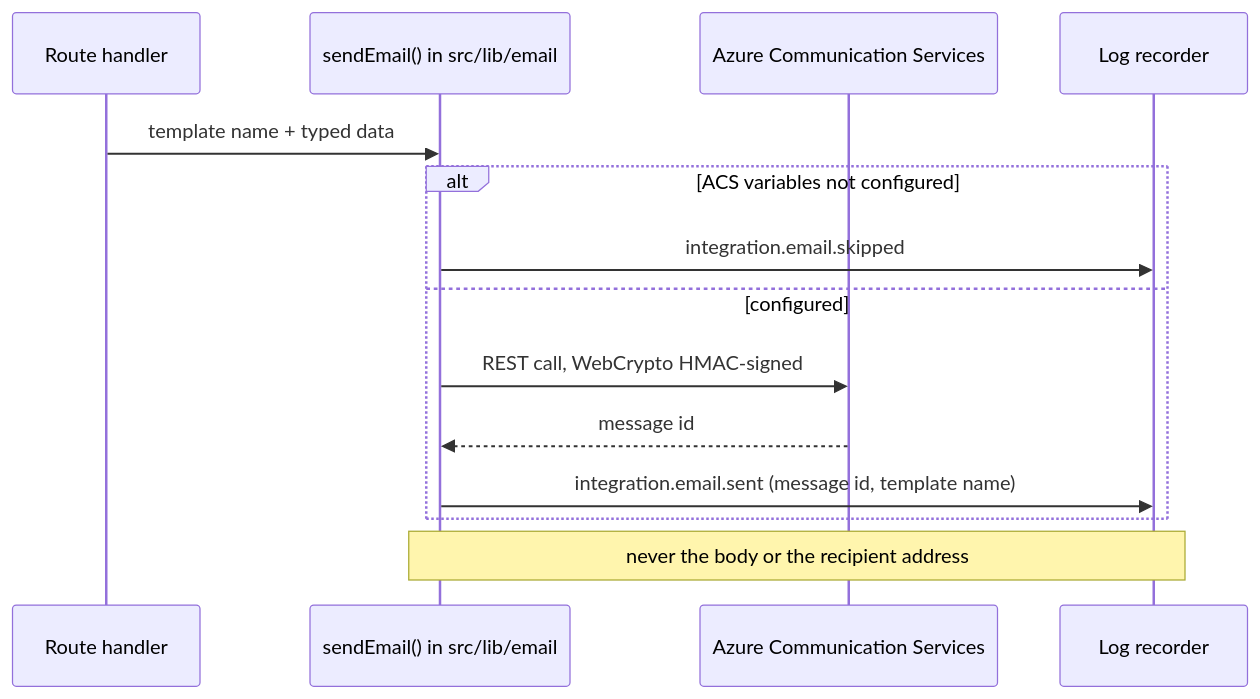
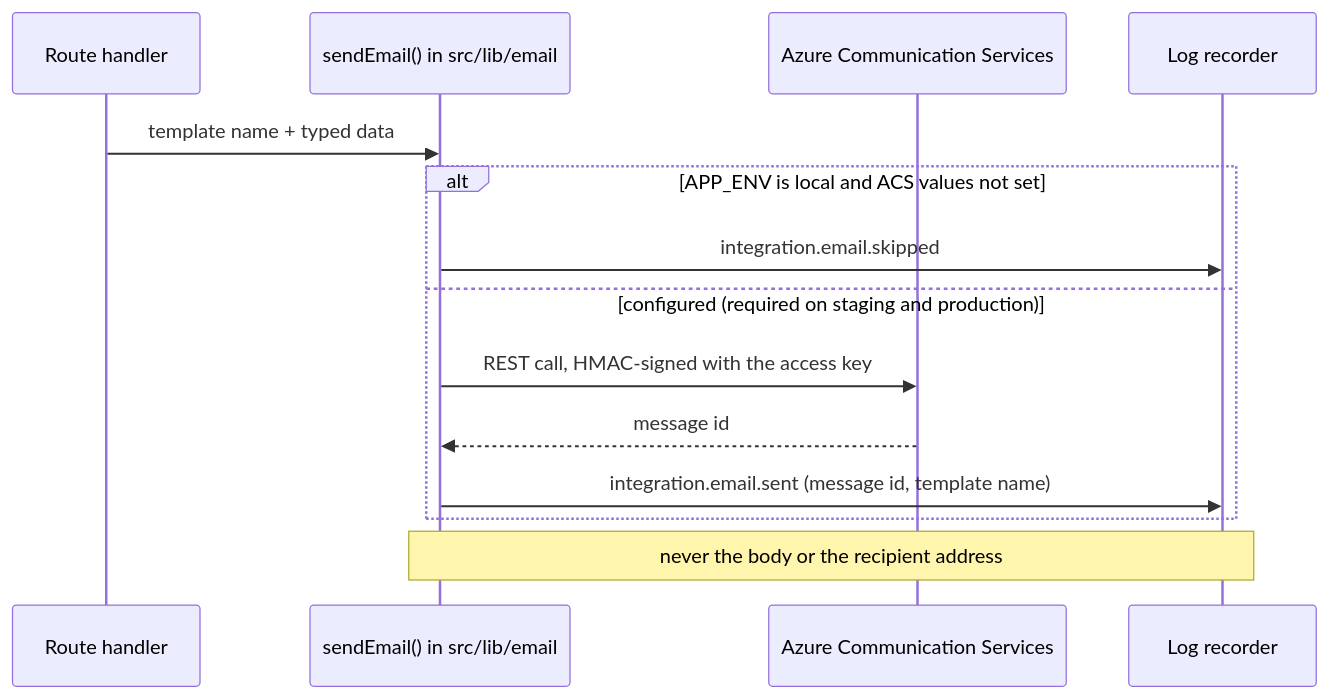
The third of 3 diagrams in src/templates/shared/steering/rules/itg/integrations.md (Improve-To-Grow/MUSUBI), drawn with Mermaid before and after one commit. The commit also changed other lines of this file and 57 other files, not shown here.

````diff
--- a/src/templates/shared/steering/rules/itg/integrations.md
+++ b/src/templates/shared/steering/rules/itg/integrations.md
@@ -45,16 +47,16 @@
 ```mermaid
 sequenceDiagram
     participant R as Route handler
     participant E as sendEmail() in src/lib/email
     participant A as Azure Communication Services
     participant L as Log recorder
     R->>E: template name + typed data
-    alt ACS variables not configured
+    alt APP_ENV is local and ACS values not set
         E->>L: integration.email.skipped
-    else configured
-        E->>A: REST call, WebCrypto HMAC-signed
+    else configured (required on staging and production)
+        E->>A: REST call, HMAC-signed with the access key
         A-->>E: message id
         E->>L: integration.email.sent (message id, template name)
     end
     Note over E,L: never the body or the recipient address
 ```
````
